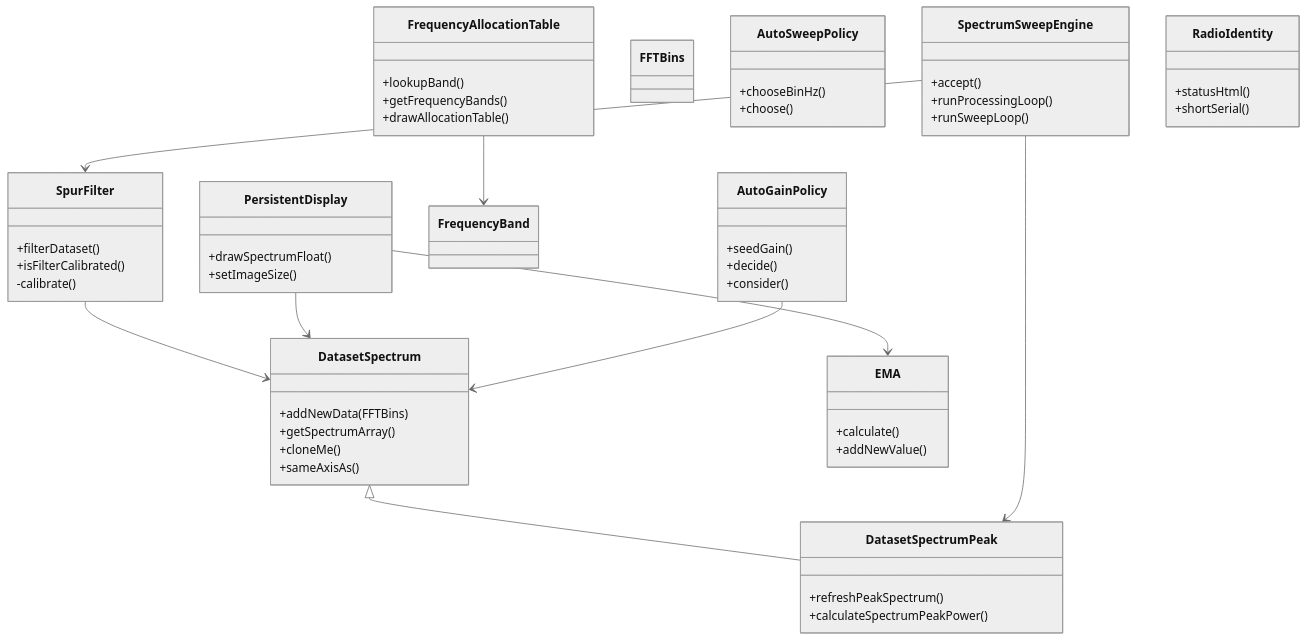
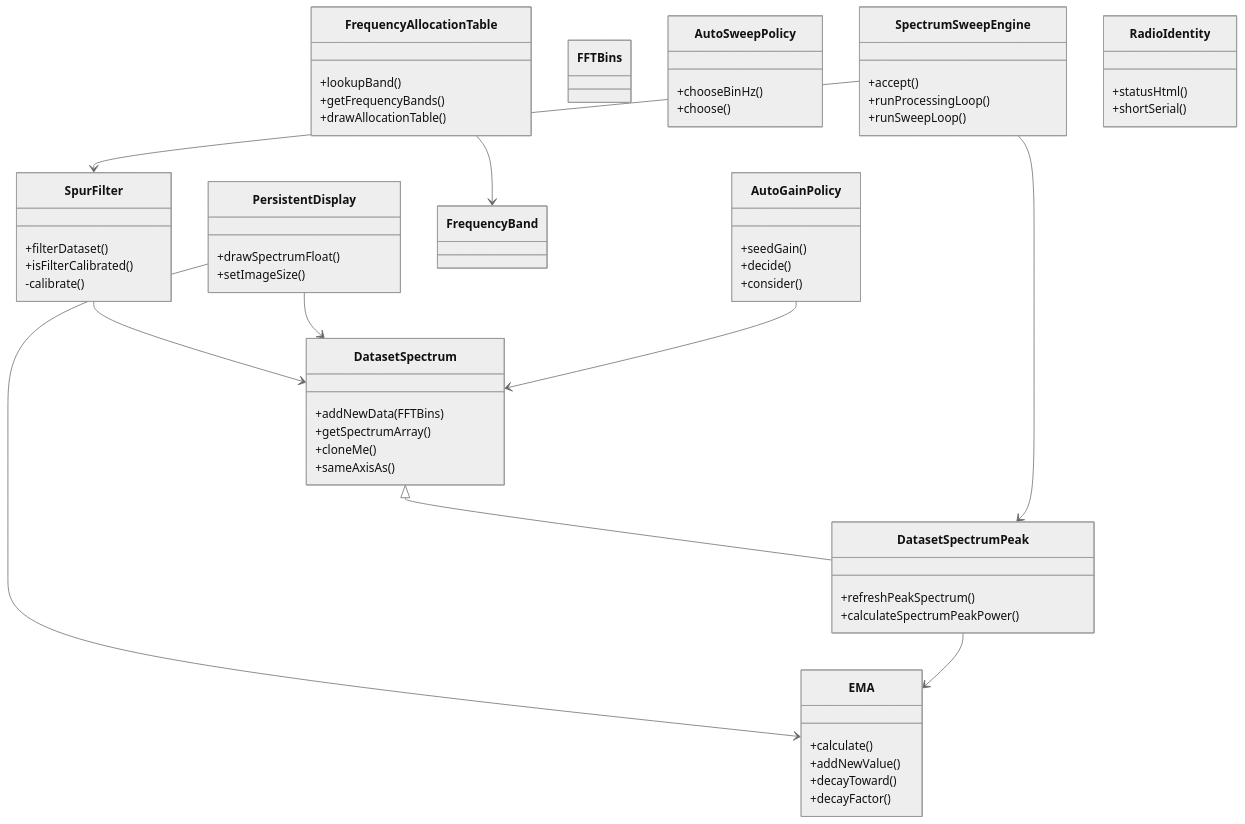
One commit to chris-piekarski/hot-iron changed the fourth of 7 diagrams in docs/architecture.md. Above: the diagram before and after it, drawn with Mermaid (neutral theme). The commit also changed other lines of this file and 13 other files, not shown here.

````diff
--- a/docs/architecture.md
+++ b/docs/architecture.md
@@ -232,60 +232,63 @@
 ```mermaid
 classDiagram
     class DatasetSpectrum {
         +addNewData(FFTBins)
         +getSpectrumArray()
         +cloneMe()
         +sameAxisAs()
     }
     class DatasetSpectrumPeak {
         +refreshPeakSpectrum()
         +calculateSpectrumPeakPower()
     }
     class SpurFilter {
         +filterDataset()
         +isFilterCalibrated()
         -calibrate()
     }
     class PersistentDisplay {
         +drawSpectrumFloat()
         +setImageSize()
     }
     class EMA {
         +calculate()
         +addNewValue()
+        +decayToward()
+        +decayFactor()
     }
     class FrequencyAllocationTable {
         +lookupBand()
         +getFrequencyBands()
         +drawAllocationTable()
     }
     class FrequencyBand
     class FFTBins
     class AutoGainPolicy {
         +seedGain()
         +decide()
         +consider()
     }
     class AutoSweepPolicy {
         +chooseBinHz()
         +choose()
     }
     class SpectrumSweepEngine {
         +accept()
         +runProcessingLoop()
         +runSweepLoop()
     }
     class RadioIdentity {
         +statusHtml()
         +shortSerial()
     }
 
     DatasetSpectrum <|-- DatasetSpectrumPeak
     SpurFilter --> DatasetSpectrum
     PersistentDisplay --> DatasetSpectrum
     PersistentDisplay --> EMA
+    DatasetSpectrumPeak --> EMA
     FrequencyAllocationTable --> FrequencyBand
     SpectrumSweepEngine --> DatasetSpectrumPeak
     SpectrumSweepEngine --> SpurFilter
     AutoGainPolicy --> DatasetSpectrum
 ```
````
